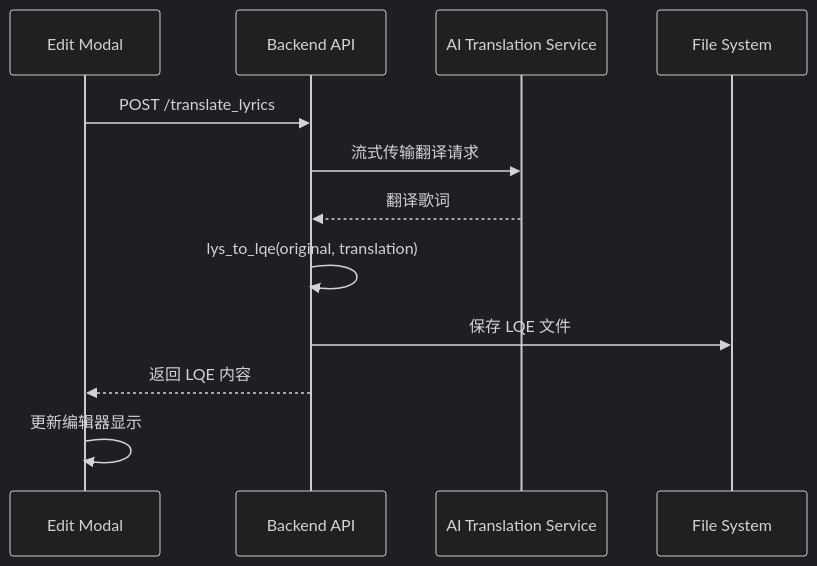
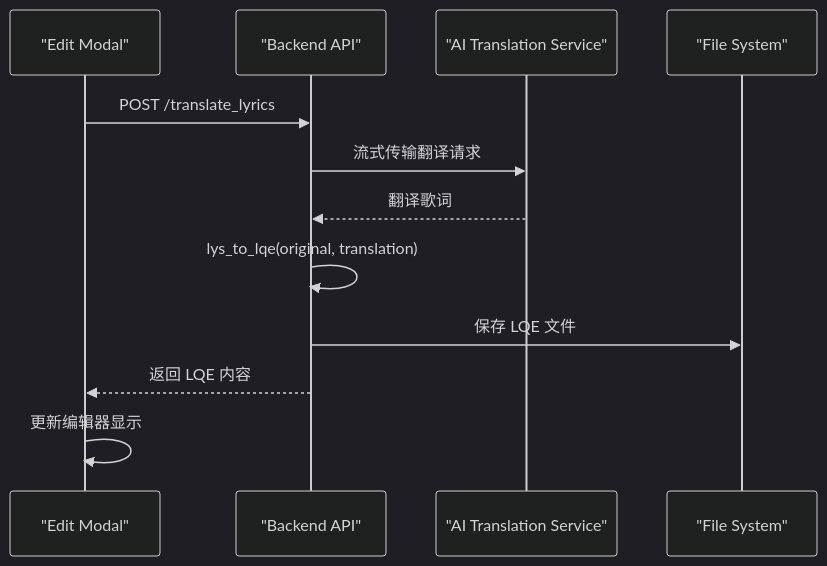
Diagram 40 of 44 in README.md (HKLHaoBin/LyricSphere), drawn with Mermaid (dark theme) before and after one commit. The commit also changed other lines of this file, not shown here.

First line of the commit message:
docs: 优化README中的流程图和序列图格式

````diff
--- a/README.md
+++ b/README.md
@@ -3747,14 +3789,15 @@
 ```mermaid
 sequenceDiagram
-  participant Edit Modal
-  participant Backend API
-  participant AI Translation Service
-  participant File System
-  Edit Modal->>Backend API: POST /translate_lyrics
-  Backend API->>AI Translation Service: 流式传输翻译请求
-  AI Translation Service-->>Backend API: 翻译歌词
-  Backend API->>Backend API: lys_to_lqe(original, translation)
-  Backend API->>File System: 保存 LQE 文件
-  Backend API-->>Edit Modal: 返回 LQE 内容
-  Edit Modal->>Edit Modal: 更新编辑器显示
+  participant EditModal as "Edit Modal"
+  participant BackendAPI as "Backend API"
+  participant AIService as "AI Translation Service"
+  participant FileSystem as "File System"
+
+  EditModal->>BackendAPI: POST /translate_lyrics
+  BackendAPI->>AIService: 流式传输翻译请求
+  AIService-->>BackendAPI: 翻译歌词
+  BackendAPI->>BackendAPI: lys_to_lqe(original, translation)
+  BackendAPI->>FileSystem: 保存 LQE 文件
+  BackendAPI-->>EditModal: 返回 LQE 内容
+  EditModal->>EditModal: 更新编辑器显示
 ```
````
